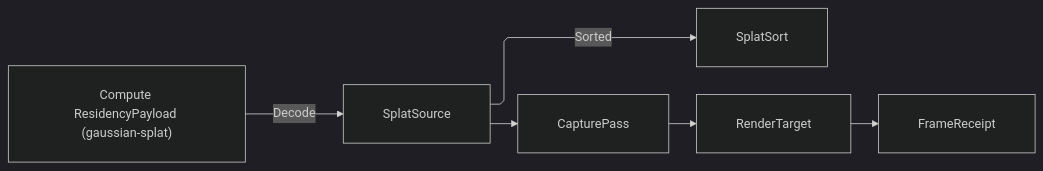
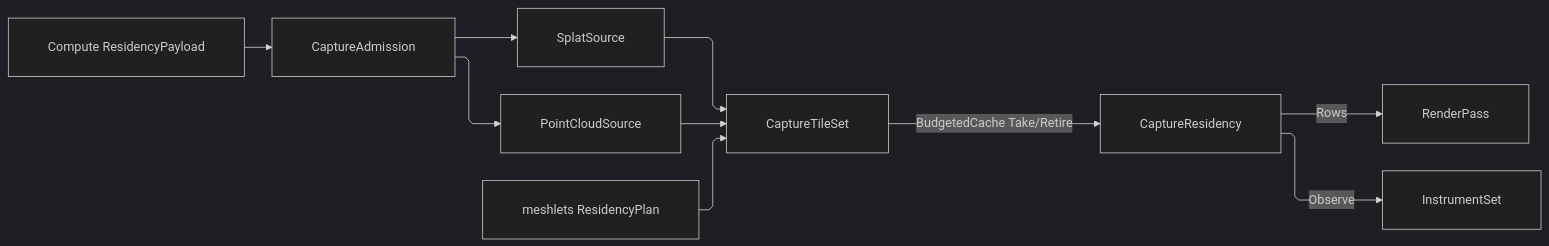
The diagram in libs/csharp/Rasm.AppUi/.planning/Render/reality.md (bsamiee/Rasm), drawn with Mermaid (dark theme) before and after one commit. The commit also changed other lines of this file and 818 other files, not shown here.

````diff
--- a/libs/csharp/Rasm.AppUi/.planning/Render/reality.md
+++ b/libs/csharp/Rasm.AppUi/.planning/Render/reality.md
@@ -150,17 +225,21 @@
 ```mermaid
 ---
 config:
   layout: elk
   flowchart:
     curve: linear
     padding: 25
 ---
 flowchart LR
     accTitle: Reality capture rendering flow
-    accDescr: Residency payloads decode into splat and point sources that execute as capture passes on the active target.
-    Payload["Compute ResidencyPayload (gaussian-splat)"] -->|Decode| SplatSource
-    SplatSource -->|Sorted| SplatSort
-    SplatSource --> CapturePass
-    CapturePass --> RenderTarget
-    RenderTarget --> FrameReceipt
+    accDescr: Residency payloads cross one admission ladder into splat and point sources, which the tile set retains under a byte-budgeted cache and projects as capture passes on the active target.
+    Payload["Compute ResidencyPayload"] --> CaptureAdmission
+    CaptureAdmission --> SplatSource
+    CaptureAdmission --> PointCloudSource
+    SplatSource --> CaptureTileSet
+    PointCloudSource --> CaptureTileSet
+    Plan["meshlets ResidencyPlan"] --> CaptureTileSet
+    CaptureTileSet -->|BudgetedCache Take/Retire| CaptureResidency
+    CaptureResidency -->|Rows| RenderPass
+    CaptureResidency -->|Observe| InstrumentSet
 ```
````
